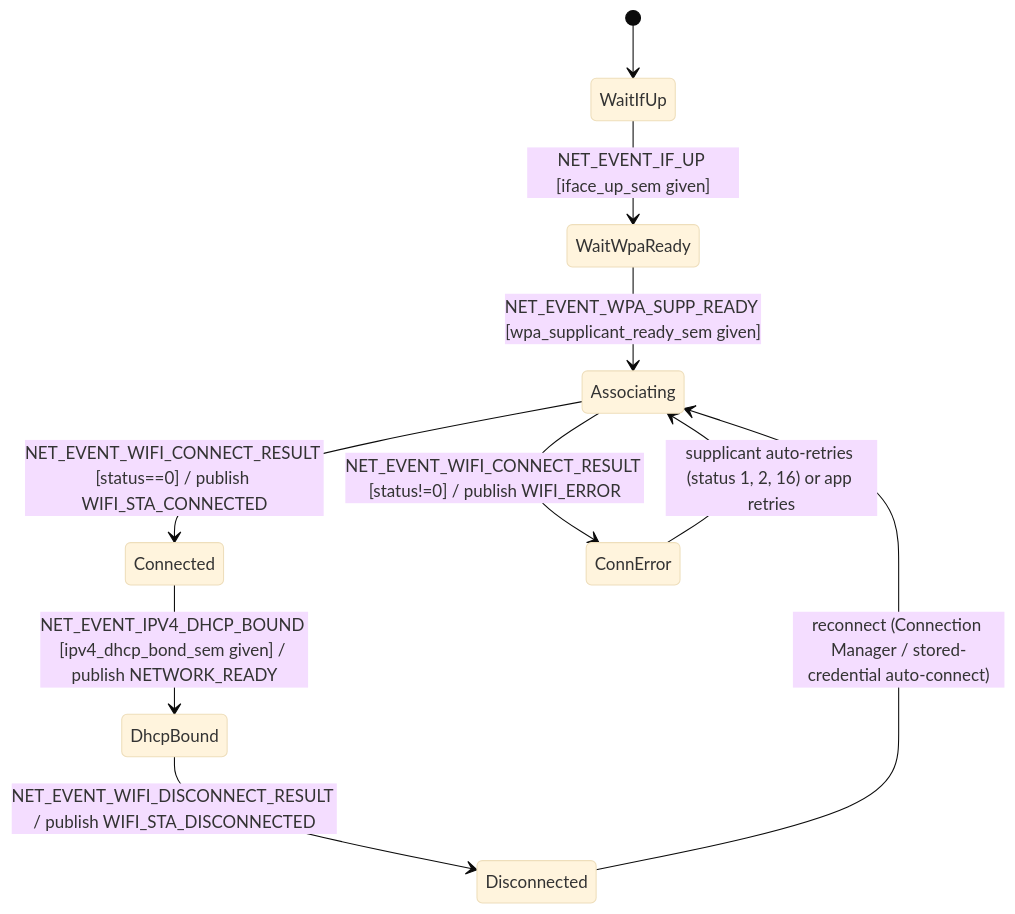
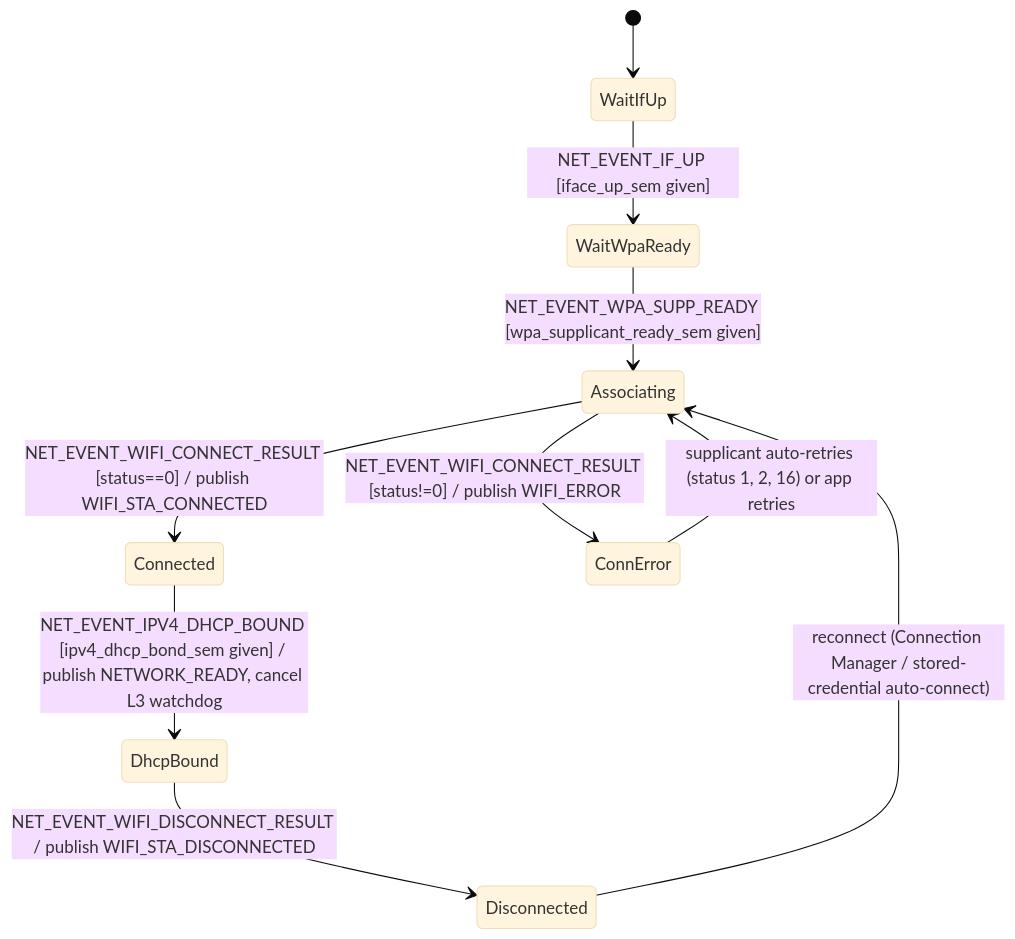
The diagram in docs/dev-specs/network-module.md (chshzh/nordic-wifi-memfault), drawn with Mermaid (base theme) before and after one commit. The commit also changed other lines of this file and 6 other files, not shown here.

First line of the commit message:
docs: sync PRD and dev-specs for DHCP watchdog and backoff reconnect

````diff
--- a/docs/dev-specs/network-module.md
+++ b/docs/dev-specs/network-module.md
@@ -84,12 +85,12 @@
 ```mermaid
 stateDiagram-v2
     [*] --> WaitIfUp
     WaitIfUp --> WaitWpaReady: NET_EVENT_IF_UP [iface_up_sem given]
     WaitWpaReady --> Associating: NET_EVENT_WPA_SUPP_READY [wpa_supplicant_ready_sem given]
     Associating --> Connected: NET_EVENT_WIFI_CONNECT_RESULT [status==0] / publish WIFI_STA_CONNECTED
     Associating --> ConnError: NET_EVENT_WIFI_CONNECT_RESULT [status!=0] / publish WIFI_ERROR
-    Connected --> DhcpBound: NET_EVENT_IPV4_DHCP_BOUND [ipv4_dhcp_bond_sem given] / publish NETWORK_READY
+    Connected --> DhcpBound: NET_EVENT_IPV4_DHCP_BOUND [ipv4_dhcp_bond_sem given] / publish NETWORK_READY, cancel L3 watchdog
     DhcpBound --> Disconnected: NET_EVENT_WIFI_DISCONNECT_RESULT / publish WIFI_STA_DISCONNECTED
     Disconnected --> Associating: reconnect (Connection Manager / stored-credential auto-connect)
     ConnError --> Associating: supplicant auto-retries (status 1, 2, 16) or app retries
 ```
````
